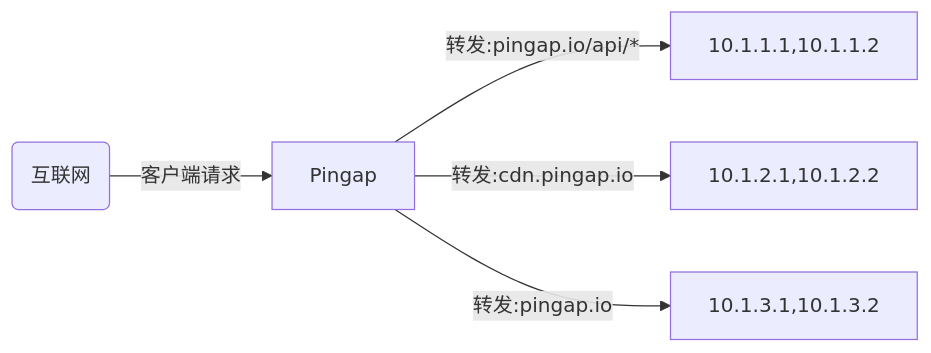
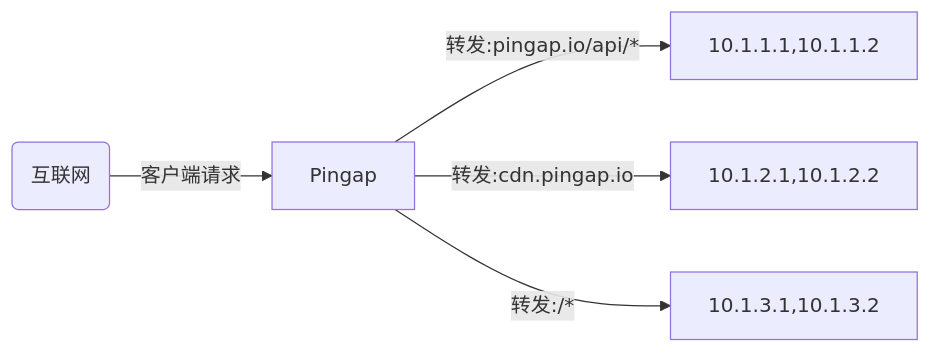
Before and after one commit to vicanso/pingap: the first of 2 diagrams in README_zh.md, drawn with Mermaid. The commit also changed other lines of this file and 2 other files, not shown here.

````diff
--- a/README_zh.md
+++ b/README_zh.md
@@ -12,7 +12,7 @@
 ```mermaid
 flowchart LR
   internet("互联网") -- 客户端请求 --> pingap["Pingap"]
   pingap -- 转发:pingap.io/api/* --> apiUpstream["10.1.1.1,10.1.1.2"]
   pingap -- 转发:cdn.pingap.io --> cdnUpstream["10.1.2.1,10.1.2.2"]
-  pingap -- 转发:pingap.io --> upstream["10.1.3.1,10.1.3.2"]
+  pingap -- 转发:/* --> upstream["10.1.3.1,10.1.3.2"]
 ```
````
